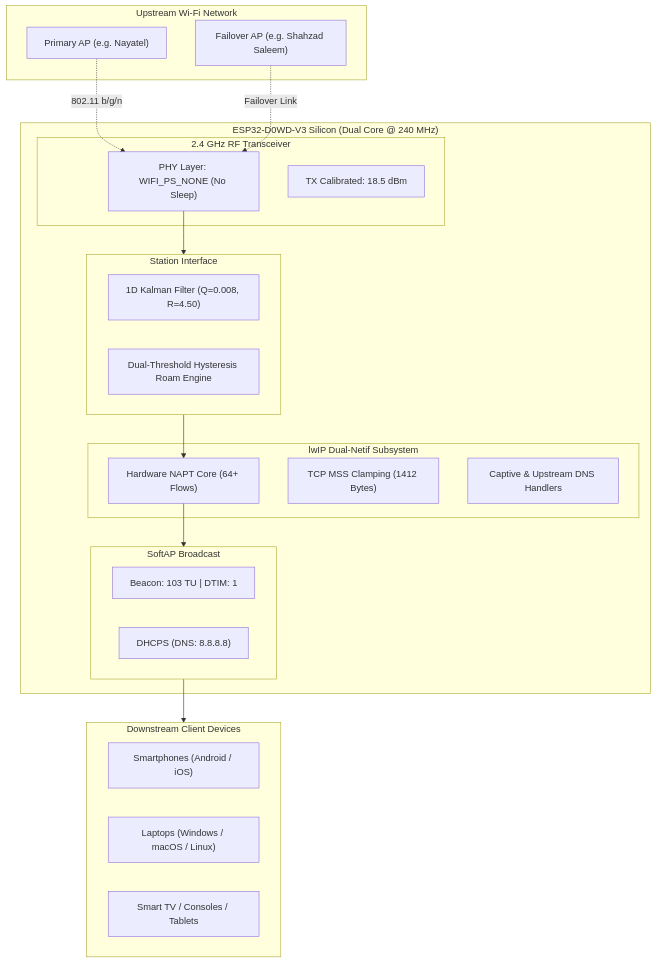
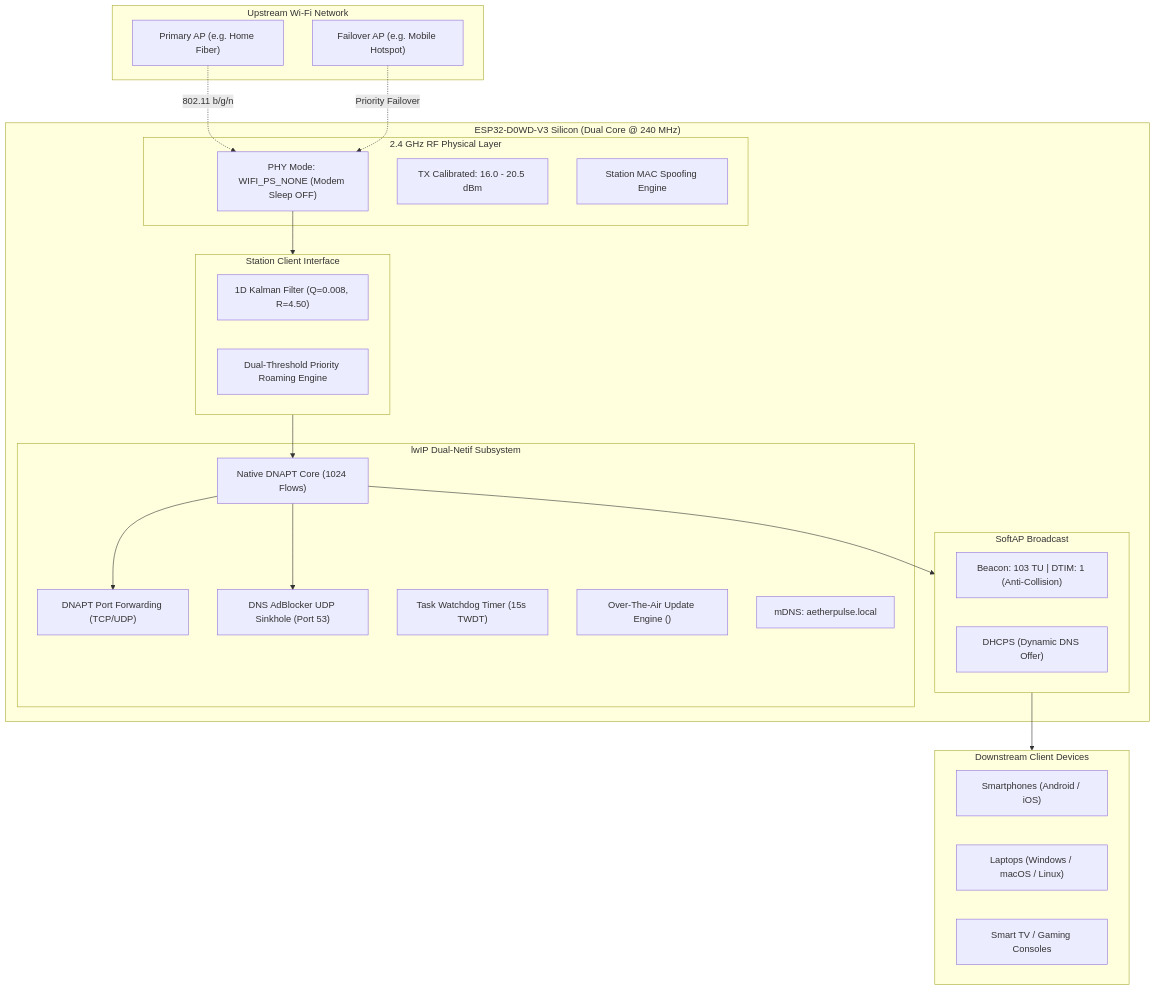
The diagram in README.md (Itszeeshanrajput/AetherPulse-ESP32), drawn with Mermaid before and after one commit. The commit also changed other lines of this file and 32 other files, not shown here.

Commit message:
feat: upgrade to v2.0 Titanium with DNAPT port forwarding, MAC cloning, DNS AdBlocker, OTA flasher and glassmorphism Web UI

````diff
--- a/README.md
+++ b/README.md
@@ -47,43 +62,49 @@
 ```mermaid
 flowchart TD
     subgraph Uplink ["Upstream Wi-Fi Network"]
-        AP1["Primary AP (e.g. Nayatel)"]
-        AP2["Failover AP (e.g. Shahzad Saleem)"]
+        AP1["Primary AP (e.g. Home Fiber)"]
+        AP2["Failover AP (e.g. Mobile Hotspot)"]
     end
 
     subgraph ESP32 ["ESP32-D0WD-V3 Silicon (Dual Core @ 240 MHz)"]
-        subgraph RF ["2.4 GHz RF Transceiver"]
-            PHY["PHY Layer: WIFI_PS_NONE (No Sleep)"]
-            TX["TX Calibrated: 18.5 dBm"]
+        subgraph RF ["2.4 GHz RF Physical Layer"]
+            PHY["PHY Mode: WIFI_PS_NONE (Modem Sleep OFF)"]
+            TX["TX Calibrated: 16.0 - 20.5 dBm"]
+            MAC["Station MAC Spoofing Engine"]
         end
 
-        subgraph STA ["Station Interface"]
+        subgraph STA ["Station Client Interface"]
             KF["1D Kalman Filter (Q=0.008, R=4.50)"]
-            ROAM["Dual-Threshold Hysteresis Roam Engine"]
+            ROAM["Dual-Threshold Priority Roaming Engine"]
         end
 
         subgraph L3 ["lwIP Dual-Netif Subsystem"]
-            NAPT["Hardware NAPT Core (64+ Flows)"]
-            MSS["TCP MSS Clamping (1412 Bytes)"]
-            DNS["Captive & Upstream DNS Handlers"]
+            NAPT["Native DNAPT Core (1024 Flows)"]
+            PORTMAP["DNAPT Port Forwarding (TCP/UDP)"]
+            ADBLK["DNS AdBlocker UDP Sinkhole (Port 53)"]
+            WDT["Task Watchdog Timer (15s TWDT)"]
+            OTA["Over-The-Air Update Engine (<Update.h>)"]
+            MDNS["mDNS: aetherpulse.local"]
         end
 
         subgraph SoftAP ["SoftAP Broadcast"]
-            CFG["Beacon: 103 TU | DTIM: 1"]
-            DHCP["DHCPS (DNS: 8.8.8.8)"]
+            CFG["Beacon: 103 TU | DTIM: 1 (Anti-Collision)"]
+            DHCP["DHCPS (Dynamic DNS Offer)"]
         end
     end
 
     subgraph Clients ["Downstream Client Devices"]
         Mobile["Smartphones (Android / iOS)"]
         Laptop["Laptops (Windows / macOS / Linux)"]
-        IoT["Smart TV / Consoles / Tablets"]
+        IoT["Smart TV / Gaming Consoles"]
     end
 
     AP1 -.->|802.11 b/g/n| PHY
-    AP2 -.->|Failover Link| PHY
+    AP2 -.->|Priority Failover| PHY
     PHY --> STA
     STA --> NAPT
+    NAPT --> PORTMAP
+    NAPT --> ADBLK
     NAPT --> SoftAP
     SoftAP --> Clients
 ```
````
